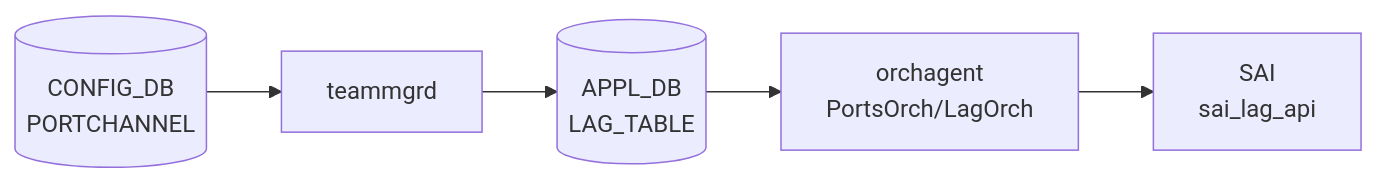
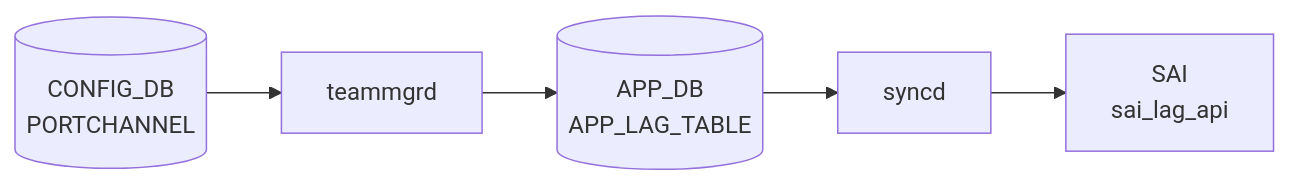
The diagram in docs/reference/config-db/portchannel.md (aoki-taquan/sonic-unofficial-docs), drawn with Mermaid before and after one commit. The commit also changed 10 other files, not shown here.

````diff
--- a/docs/reference/config-db/portchannel.md
+++ b/docs/reference/config-db/portchannel.md
@@ -32,12 +32,12 @@
 ```mermaid
 flowchart LR
   CDB[("CONFIG_DB<br/>PORTCHANNEL")]
-  TMGRD["teammgrd"]
-  CDB --> TMGRD
-  APPDB[("APPL_DB<br/>LAG_TABLE")]
-  TMGRD --> APPDB
-  ORCH["orchagent<br/>PortsOrch/LagOrch"]
-  APPDB --> ORCH
+  DM["teammgrd"]
+  CDB --> DM
+  APPDB[("APP_DB<br/>APP_LAG_TABLE")]
+  DM --> APPDB
+  SYNCD["syncd"]
+  APPDB --> SYNCD
   SAI["SAI<br/>sai_lag_api"]
-  ORCH --> SAI
+  SYNCD --> SAI
 ```
````
